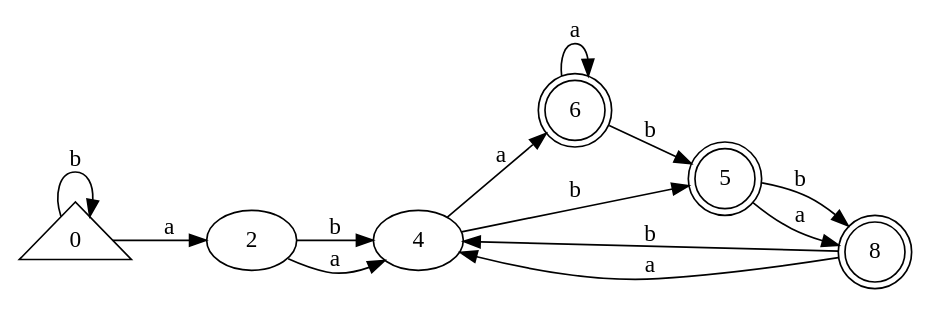
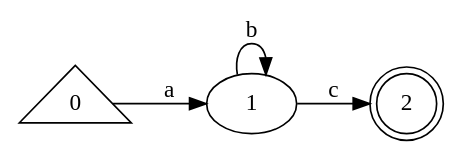
One commit to guillermoSb/UVG_Compis1_Lab changed the diagram in automaton.gv. Above: the diagram before and after it, drawn with Graphviz. The commit also changed 3 other files, not shown here.

```diff
--- a/automaton.gv
+++ b/automaton.gv
@@ -1,21 +1,9 @@
 digraph {
 	graph [rankdir=LR]
 	0 [shape=triangle]
-	2
-	4
-	6 [shape=doublecircle]
-	5 [shape=doublecircle]
-	8 [shape=doublecircle]
-	0 -> 0 [label=b]
-	0 -> 2 [label=a]
-	2 -> 4 [label=b]
-	2 -> 4 [label=a]
-	4 -> 5 [label=b]
-	4 -> 6 [label=a]
-	6 -> 5 [label=b]
-	6 -> 6 [label=a]
-	5 -> 8 [label=b]
-	5 -> 8 [label=a]
-	8 -> 4 [label=b]
-	8 -> 4 [label=a]
+	1
+	2 [shape=doublecircle]
+	0 -> 1 [label=a]
+	1 -> 2 [label=c]
+	1 -> 1 [label=b]
 }
```
